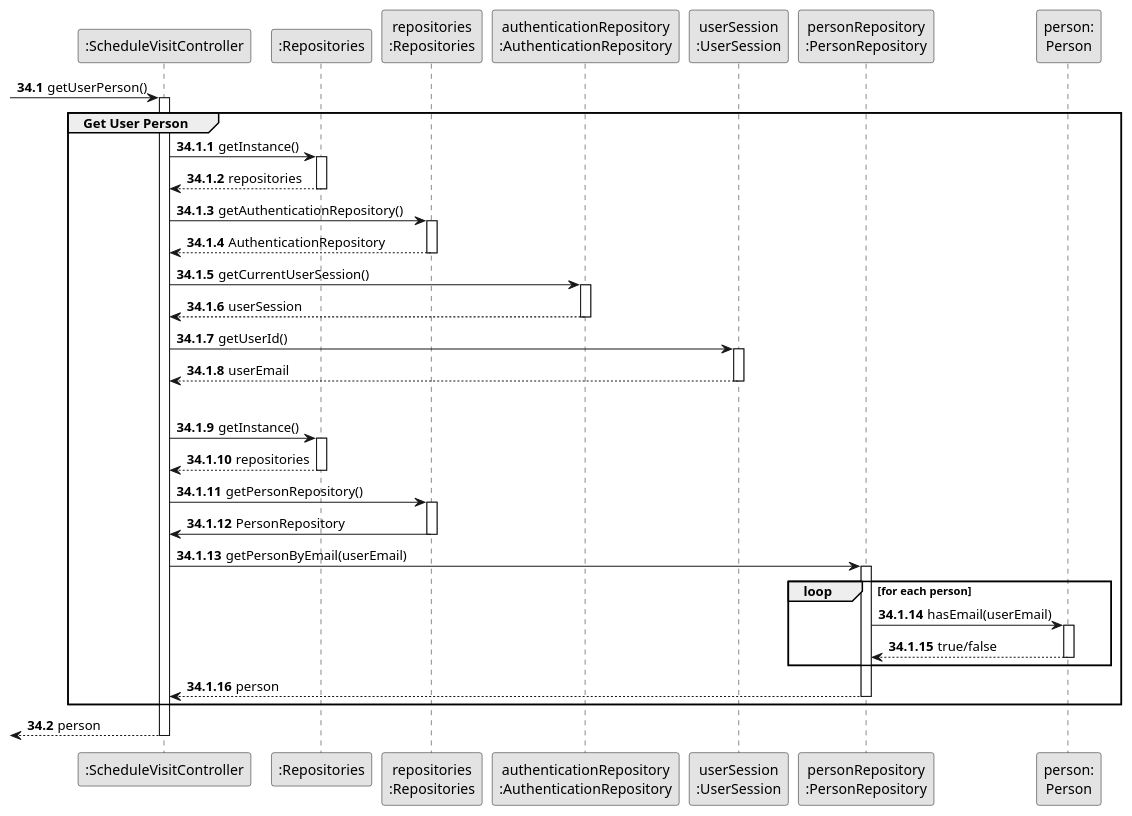
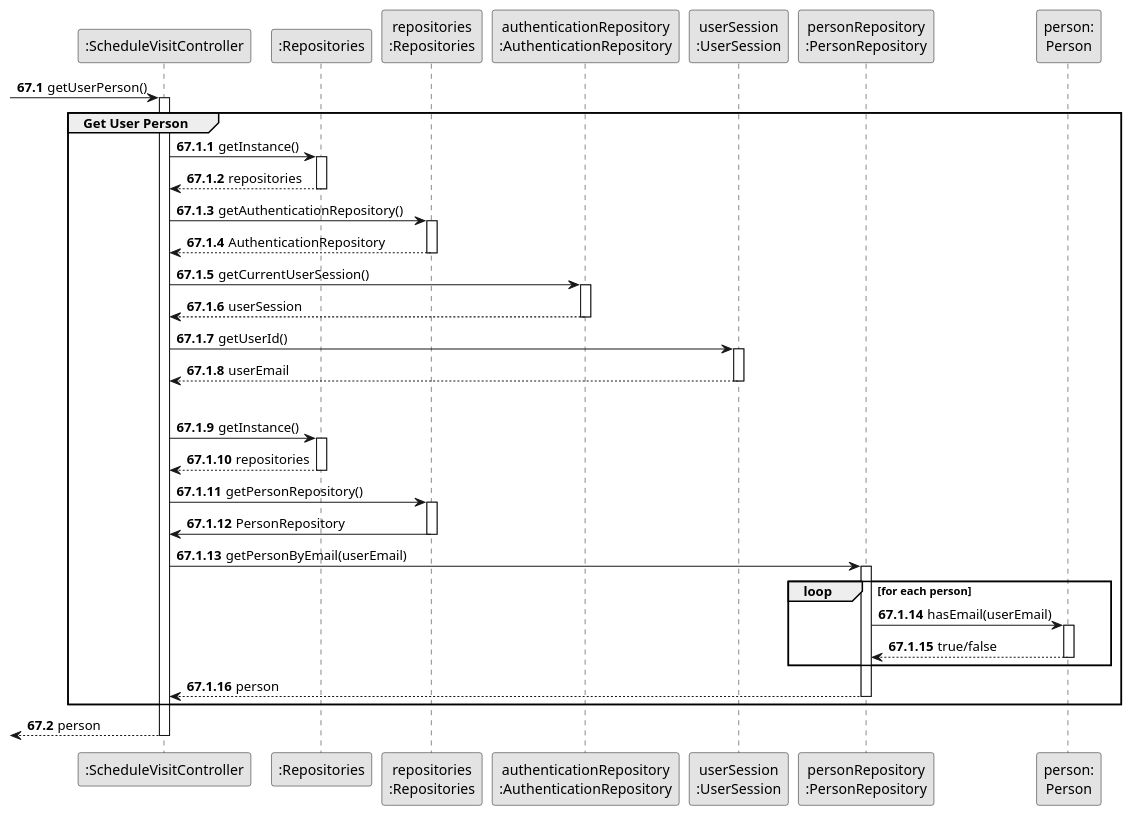
One commit to rita-barbosa/LAPR2-2223 changed the diagram in docs/sprintD/us009/03.design/puml/us009-sequence-diagram-partial-get-user-person.puml. Above: the diagram before and after it, drawn with PlantUML. The commit also changed 20 other files, not shown here.

```diff
--- a/docs/sprintD/us009/03.design/puml/us009-sequence-diagram-partial-get-user-person.puml
+++ b/docs/sprintD/us009/03.design/puml/us009-sequence-diagram-partial-get-user-person.puml
@@ -1,83 +1,83 @@
 @startuml
 skinparam monochrome true
 skinparam packageStyle rectangle
 skinparam shadowing false\
 
 
 participant ":ScheduleVisitController" as CTRL
 participant ":Repositories" as RepositorySingleton
 participant "repositories\n:Repositories" as PLAT
 participant "authenticationRepository\n:AuthenticationRepository" as AuthenticationRepository
 participant "userSession\n:UserSession" as SESSION
 participant "personRepository\n:PersonRepository" as PersonRepository
 participant "person:\nPerson" as PERSON
 
-autonumber 34.1
+autonumber 67.1
 
      -> CTRL : getUserPerson()
      activate CTRL
 
-autonumber 34.1.1
+autonumber 67.1.1
 
     group Get User Person
 
         CTRL -> RepositorySingleton : getInstance()
         activate RepositorySingleton
 
             RepositorySingleton --> CTRL : repositories
         deactivate RepositorySingleton
 
         CTRL -> PLAT : getAuthenticationRepository()
         activate PLAT
 
             PLAT --> CTRL : AuthenticationRepository
         deactivate PLAT
 
         CTRL -> AuthenticationRepository : getCurrentUserSession()
         activate AuthenticationRepository
 
            AuthenticationRepository --> CTRL : userSession
         deactivate AuthenticationRepository
 
         CTRL -> SESSION : getUserId()
         activate SESSION
 
             SESSION --> CTRL : userEmail
         deactivate SESSION
 |||
         CTRL -> RepositorySingleton : getInstance()
         activate RepositorySingleton
 
             RepositorySingleton --> CTRL : repositories
         deactivate RepositorySingleton
 
         CTRL -> PLAT : getPersonRepository()
         activate PLAT
 
             PLAT -> CTRL : PersonRepository
         deactivate PLAT
 
         CTRL -> PersonRepository : getPersonByEmail(userEmail)
         activate PersonRepository
 
         loop for each person
 
             PersonRepository -> PERSON : hasEmail(userEmail)
             activate PERSON
 
                 PERSON --> PersonRepository : true/false
             deactivate PERSON
 
         end loop
 
             PersonRepository --> CTRL : person
         deactivate PersonRepository
 
      end group
 
-autonumber 34.2
+autonumber 67.2
 
         <-- CTRL : person
     deactivate CTRL
 
 @enduml
```
